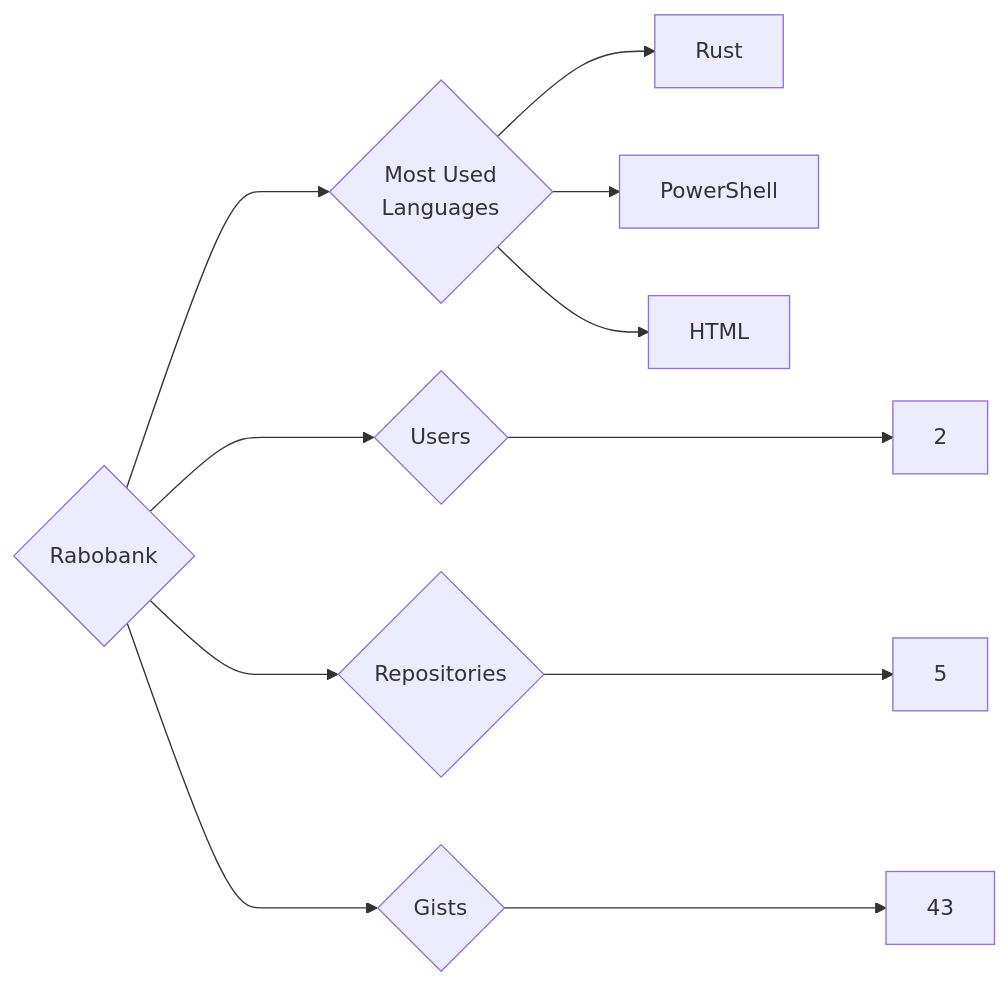
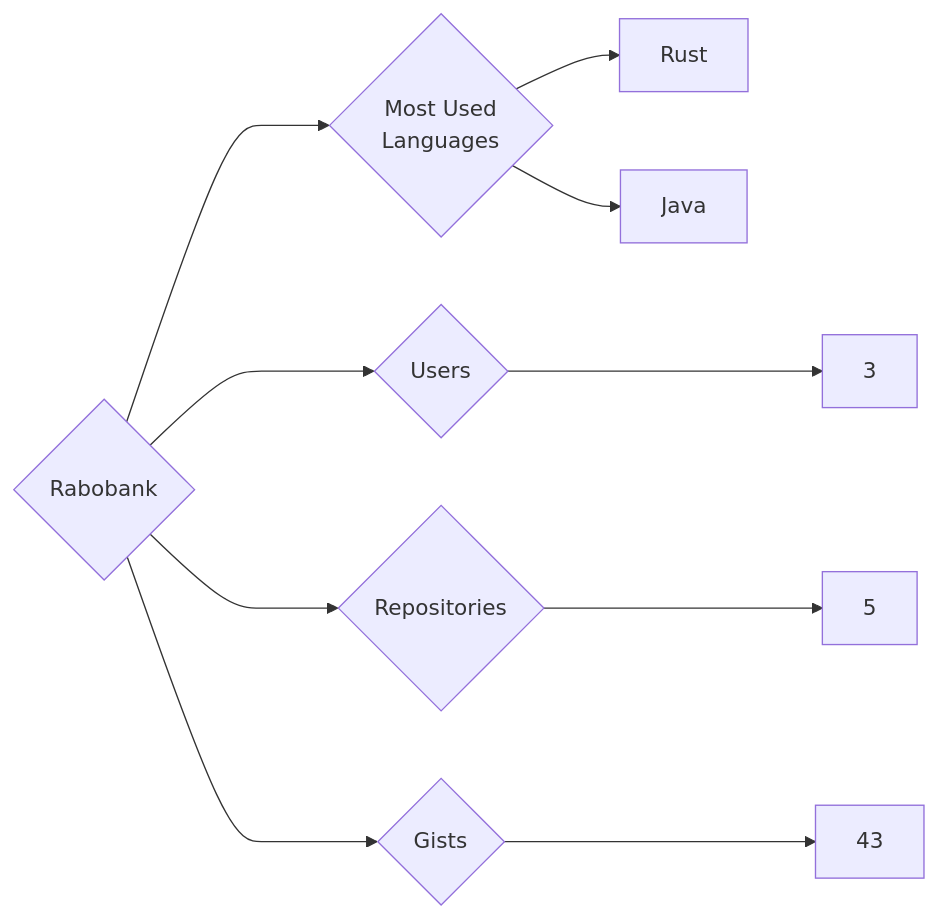
One commit to trickest/insiders changed the diagram in targets/Rabobank/README.md. Above: the diagram before and after it, drawn with Mermaid. The commit also changed 1389 other files, not shown here.

````diff
--- a/targets/Rabobank/README.md
+++ b/targets/Rabobank/README.md
@@ -3,11 +3,10 @@
 ```mermaid
 graph LR
 COMPANY_NAME{Rabobank}
-COMPANY_NAME ---> U{Users} ---> UN[2]
+COMPANY_NAME ---> U{Users} ---> UN[3]
 COMPANY_NAME ---> R{Repositories} ---> RN[5]
 COMPANY_NAME ---> G{Gists} ---> GN[43]
 COMPANY_NAME ---> ML{Most Used<br>Languages}
 ML --> Rust[Rust]
-ML --> PowerShell[PowerShell]
-ML --> HTML[HTML]
+ML --> Java[Java]
 ```
````
